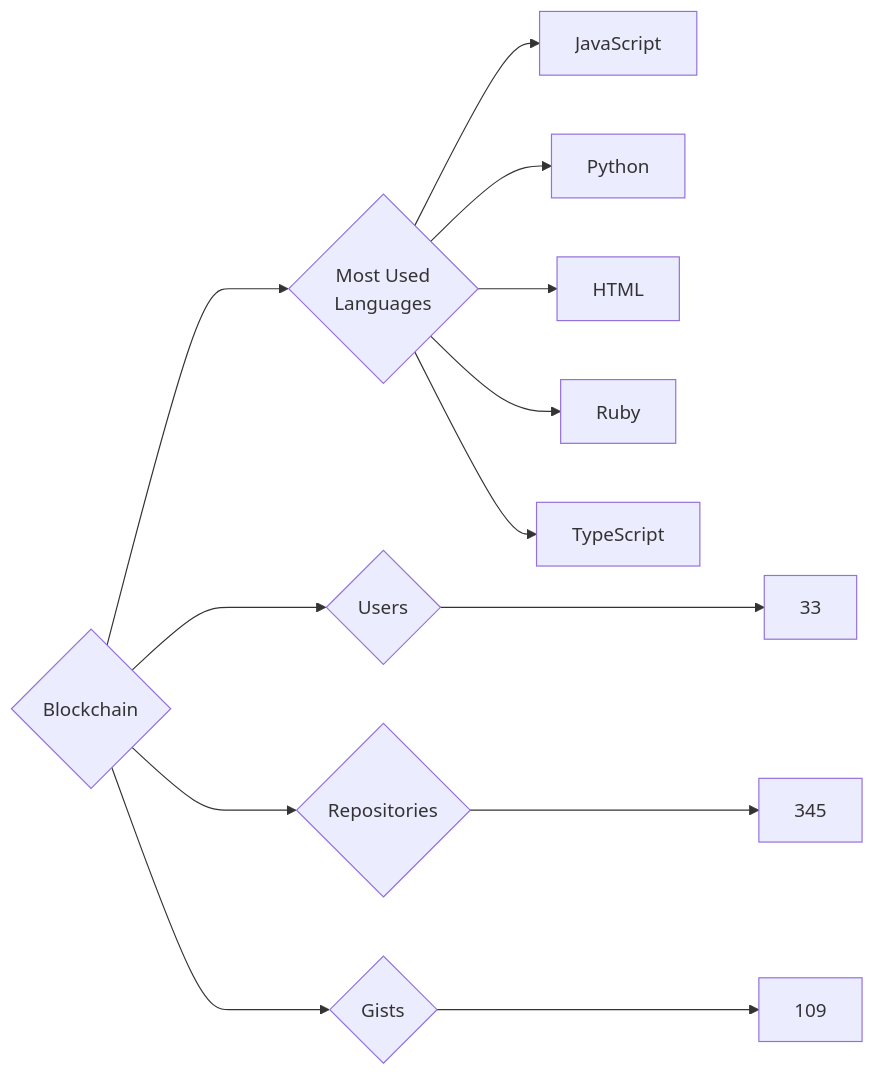
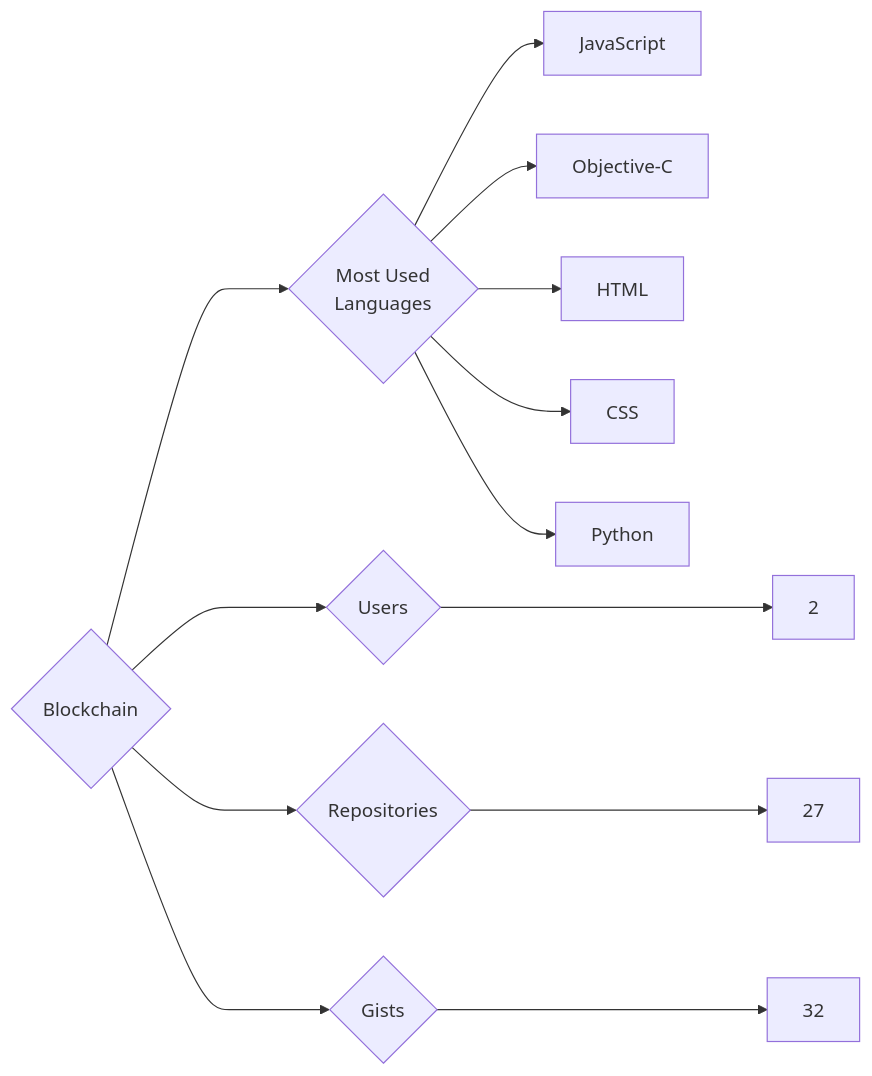
The diagram in targets/Blockchain/README.md (trickest/insiders), drawn with Mermaid before and after one commit. The commit also changed 814 other files, not shown here.

````diff
--- a/targets/Blockchain/README.md
+++ b/targets/Blockchain/README.md
@@ -3,13 +3,13 @@
 ```mermaid
 graph LR
 COMPANY_NAME{Blockchain}
-COMPANY_NAME ---> U{Users} ---> UN[33]
-COMPANY_NAME ---> R{Repositories} ---> RN[345]
-COMPANY_NAME ---> G{Gists} ---> GN[109]
+COMPANY_NAME ---> U{Users} ---> UN[2]
+COMPANY_NAME ---> R{Repositories} ---> RN[27]
+COMPANY_NAME ---> G{Gists} ---> GN[32]
 COMPANY_NAME ---> ML{Most Used<br>Languages}
 ML --> JavaScript[JavaScript]
+ML --> Objective-C[Objective-C]
+ML --> HTML[HTML]
+ML --> CSS[CSS]
 ML --> Python[Python]
-ML --> HTML[HTML]
-ML --> Ruby[Ruby]
-ML --> TypeScript[TypeScript]
 ```
````
